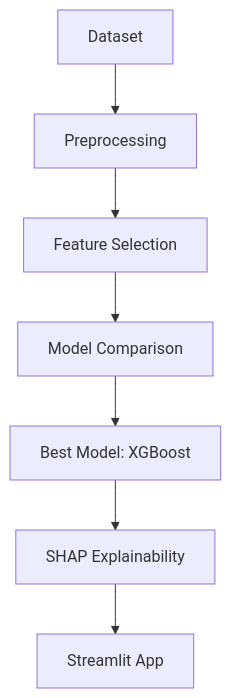
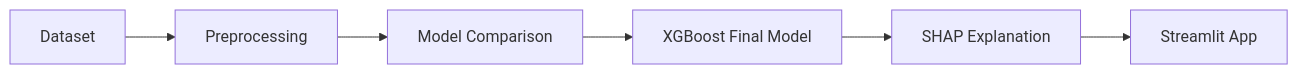
Before and after one commit to tahasadiki91/medical-decision-support: the diagram in README.md, drawn with Mermaid. The commit also changed other lines of this file, not shown here.

````diff
--- a/README.md
+++ b/README.md
@@ -35,9 +15,8 @@
 ```mermaid
-graph TD
+flowchart LR
     A[Dataset] --> B[Preprocessing]
-    B --> C[Feature Selection]
-    C --> D[Model Comparison]
-    D --> E[Best Model: XGBoost]
-    E --> F[SHAP Explainability]
-    F --> G[Streamlit App]
+    B --> C[Model Comparison]
+    C --> D[XGBoost Final Model]
+    D --> E[SHAP Explanation]
+    E --> F[Streamlit App]
 ```
````
